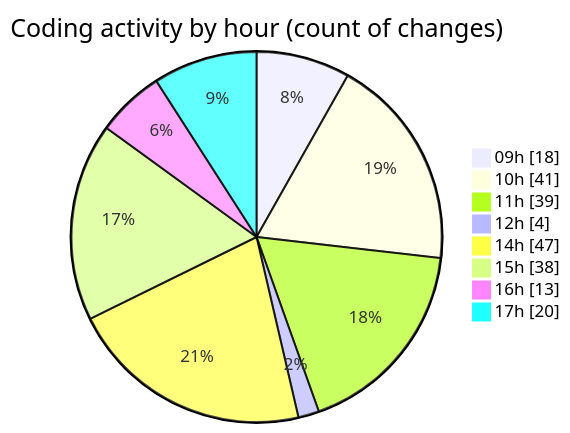
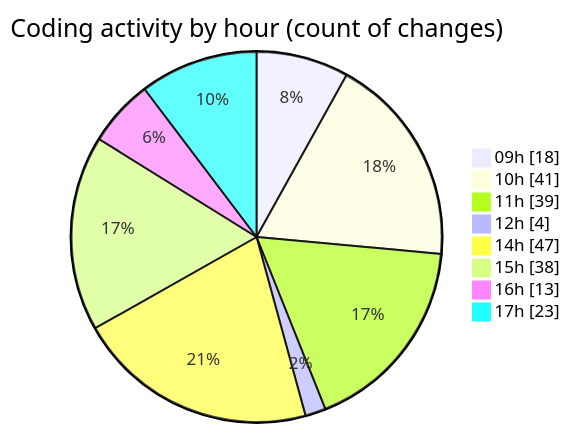
The second of 2 diagrams in 2025-02-11/cda/README.md (momahboobian/code-tracking), drawn with Mermaid before and after one commit. The commit also changed other lines of this file and 1 other file, not shown here.

````diff
--- a/2025-02-11/cda/README.md
+++ b/2025-02-11/cda/README.md
@@ -34,12 +34,12 @@
 ```mermaid
 pie showData
 title Coding activity by hour (count of changes)
 "09h" : 18
 "10h" : 41
 "11h" : 39
 "12h" : 4
 "14h" : 47
 "15h" : 38
 "16h" : 13
-"17h" : 20
+"17h" : 23
 ```
````
